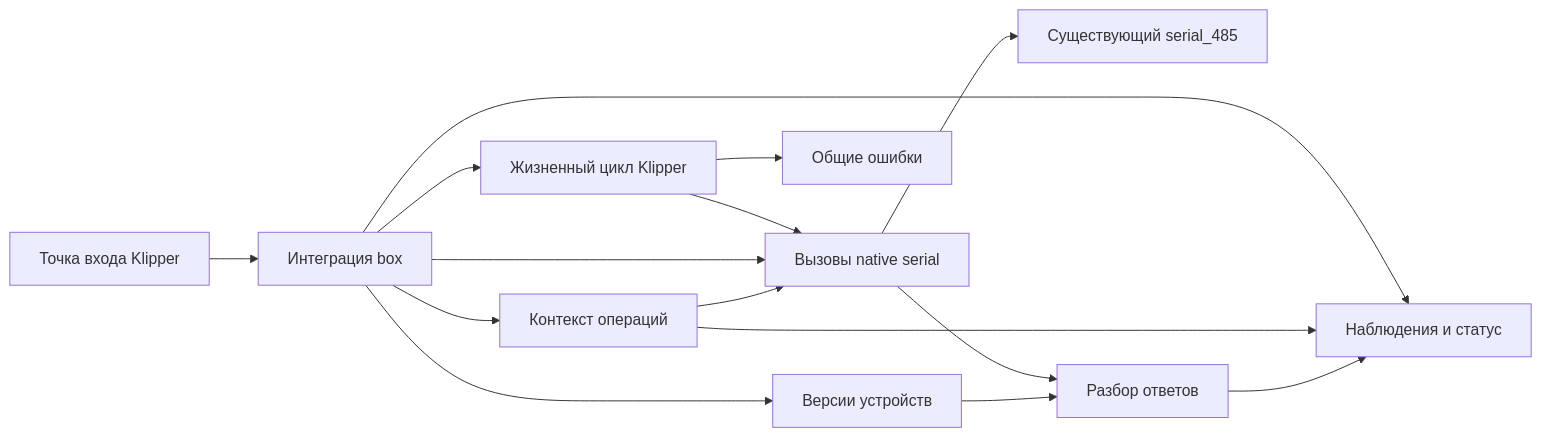
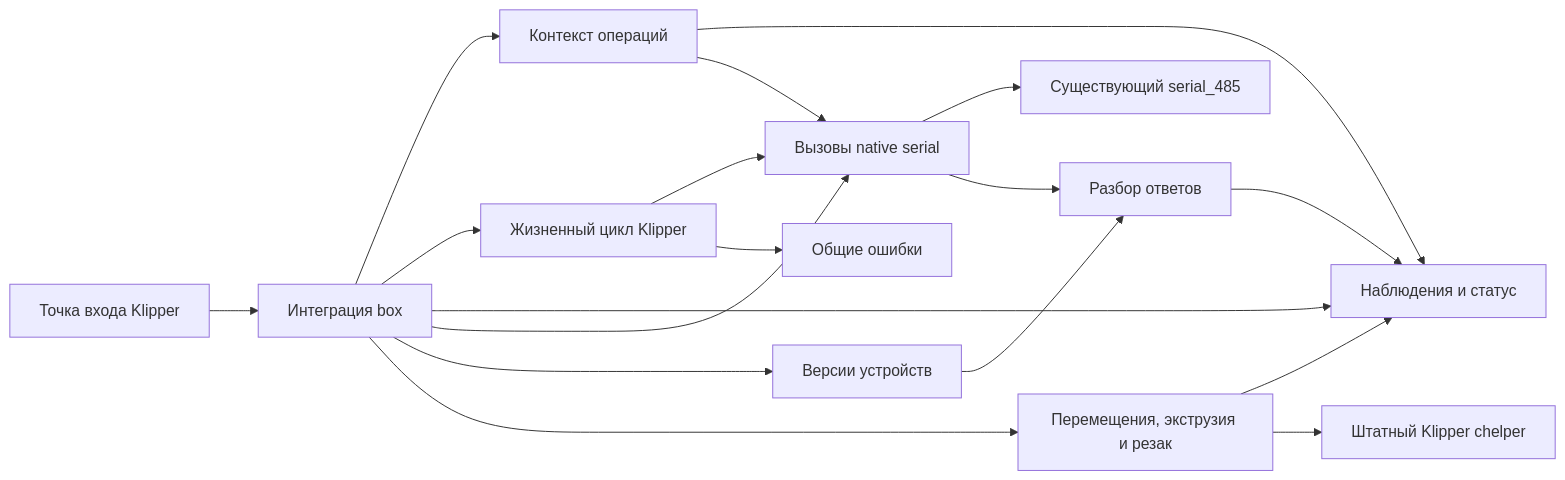
One commit to truestealth/cfs_klipper changed the diagram in docs/architecture.ru.md. Above: the diagram before and after it, drawn with Mermaid. The commit also changed other lines of this file and 23 other files, not shown here.

````diff
--- a/docs/architecture.ru.md
+++ b/docs/architecture.ru.md
@@ -44,17 +47,20 @@
 ```mermaid
 flowchart LR
     Entry[Точка входа Klipper] --> Box[Интеграция box]
     Box --> Operations[Контекст операций]
     Box --> Lifecycle[Жизненный цикл Klipper]
     Lifecycle --> Native
     Lifecycle --> Errors[Общие ошибки]
     Box --> State[Наблюдения и статус]
     Box --> Native[Вызовы native serial]
     Box --> Versions[Версии устройств]
+    Box --> Host[Перемещения, экструзия и резак]
+    Host --> State
+    Host --> Helper[Штатный Klipper chelper]
     Operations --> State
     Operations --> Native
     Native --> Stock[Существующий serial_485]
     Native --> Decoder[Разбор ответов]
     Versions --> Decoder
     Decoder --> State
 ```
````
